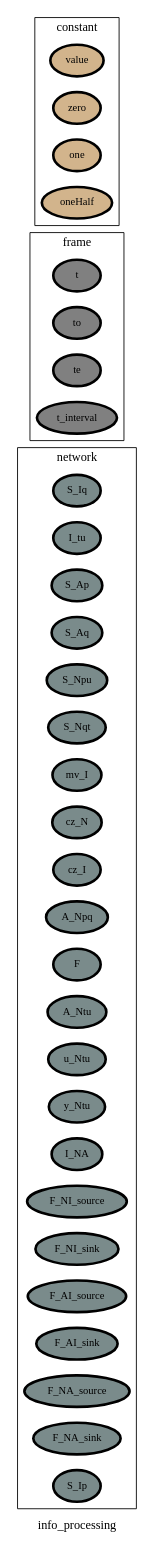
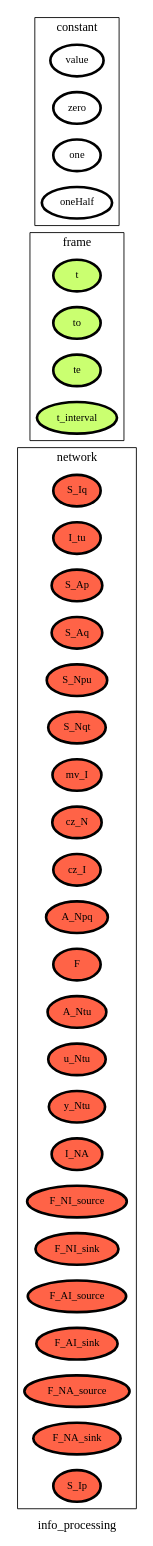
Before and after one commit to heinz-preisig/processes_000_HAP: the diagram in ontology_graphs/graph__info_processing.dot, drawn with Graphviz. The commit also changed 616 other files, not shown here.

```diff
--- a/ontology_graphs/graph__info_processing.dot
+++ b/ontology_graphs/graph__info_processing.dot
@@ -1,54 +1,54 @@
 digraph info_processing {
 label=info_processing;
 rankdir=LR;
 subgraph cluster_info_processing___network {
 label=network;
 rankdir=LR;
-V_10 [fillcolor=lightcyan4, fontsize=12, label=S_Iq, penwidth=3, style=filled];
-V_11 [fillcolor=lightcyan4, fontsize=12, label=I_tu, penwidth=3, style=filled];
-V_12 [fillcolor=lightcyan4, fontsize=12, label=S_Ap, penwidth=3, style=filled];
-V_13 [fillcolor=lightcyan4, fontsize=12, label=S_Aq, penwidth=3, style=filled];
-V_14 [fillcolor=lightcyan4, fontsize=12, label=S_Npu, penwidth=3, style=filled];
-V_15 [fillcolor=lightcyan4, fontsize=12, label=S_Nqt, penwidth=3, style=filled];
-V_16 [fillcolor=lightcyan4, fontsize=12, label=mv_I, penwidth=3, style=filled];
-V_17 [fillcolor=lightcyan4, fontsize=12, label=cz_N, penwidth=3, style=filled];
-V_18 [fillcolor=lightcyan4, fontsize=12, label=cz_I, penwidth=3, style=filled];
-V_19 [fillcolor=lightcyan4, fontsize=12, label=A_Npq, penwidth=3, style=filled];
-V_2 [fillcolor=lightcyan4, fontsize=12, label=F, penwidth=3, style=filled];
-V_20 [fillcolor=lightcyan4, fontsize=12, label=A_Ntu, penwidth=3, style=filled];
-V_21 [fillcolor=lightcyan4, fontsize=12, label=u_Ntu, penwidth=3, style=filled];
-V_22 [fillcolor=lightcyan4, fontsize=12, label=y_Ntu, penwidth=3, style=filled];
-V_27 [fillcolor=lightcyan4, fontsize=12, label=I_NA, penwidth=3, style=filled];
-V_3 [fillcolor=lightcyan4, fontsize=12, label=F_NI_source, penwidth=3, style=filled];
-V_4 [fillcolor=lightcyan4, fontsize=12, label=F_NI_sink, penwidth=3, style=filled];
-V_5 [fillcolor=lightcyan4, fontsize=12, label=F_AI_source, penwidth=3, style=filled];
-V_6 [fillcolor=lightcyan4, fontsize=12, label=F_AI_sink, penwidth=3, style=filled];
-V_7 [fillcolor=lightcyan4, fontsize=12, label=F_NA_source, penwidth=3, style=filled];
-V_8 [fillcolor=lightcyan4, fontsize=12, label=F_NA_sink, penwidth=3, style=filled];
-V_9 [fillcolor=lightcyan4, fontsize=12, label=S_Ip, penwidth=3, style=filled];
+V_10 [fillcolor=tomato, fontsize=12, label=S_Iq, penwidth=3, style=filled];
+V_11 [fillcolor=tomato, fontsize=12, label=I_tu, penwidth=3, style=filled];
+V_12 [fillcolor=tomato, fontsize=12, label=S_Ap, penwidth=3, style=filled];
+V_13 [fillcolor=tomato, fontsize=12, label=S_Aq, penwidth=3, style=filled];
+V_14 [fillcolor=tomato, fontsize=12, label=S_Npu, penwidth=3, style=filled];
+V_15 [fillcolor=tomato, fontsize=12, label=S_Nqt, penwidth=3, style=filled];
+V_16 [fillcolor=tomato, fontsize=12, label=mv_I, penwidth=3, style=filled];
+V_17 [fillcolor=tomato, fontsize=12, label=cz_N, penwidth=3, style=filled];
+V_18 [fillcolor=tomato, fontsize=12, label=cz_I, penwidth=3, style=filled];
+V_19 [fillcolor=tomato, fontsize=12, label=A_Npq, penwidth=3, style=filled];
+V_2 [fillcolor=tomato, fontsize=12, label=F, penwidth=3, style=filled];
+V_20 [fillcolor=tomato, fontsize=12, label=A_Ntu, penwidth=3, style=filled];
+V_21 [fillcolor=tomato, fontsize=12, label=u_Ntu, penwidth=3, style=filled];
+V_22 [fillcolor=tomato, fontsize=12, label=y_Ntu, penwidth=3, style=filled];
+V_27 [fillcolor=tomato, fontsize=12, label=I_NA, penwidth=3, style=filled];
+V_3 [fillcolor=tomato, fontsize=12, label=F_NI_source, penwidth=3, style=filled];
+V_4 [fillcolor=tomato, fontsize=12, label=F_NI_sink, penwidth=3, style=filled];
+V_5 [fillcolor=tomato, fontsize=12, label=F_AI_source, penwidth=3, style=filled];
+V_6 [fillcolor=tomato, fontsize=12, label=F_AI_sink, penwidth=3, style=filled];
+V_7 [fillcolor=tomato, fontsize=12, label=F_NA_source, penwidth=3, style=filled];
+V_8 [fillcolor=tomato, fontsize=12, label=F_NA_sink, penwidth=3, style=filled];
+V_9 [fillcolor=tomato, fontsize=12, label=S_Ip, penwidth=3, style=filled];
 }
 
 subgraph cluster_info_processing___frame {
 label=frame;
 rankdir=LR;
-V_1 [fillcolor=grey, fontsize=12, label=t, penwidth=3, style=filled];
-V_105 [fillcolor=grey, fontsize=12, label=to, penwidth=3, style=filled];
-V_106 [fillcolor=grey, fontsize=12, label=te, penwidth=3, style=filled];
-V_107 [fillcolor=grey, fontsize=12, label=t_interval, penwidth=3, style=filled];
+V_1 [fillcolor=darkolivegreen1, fontsize=12, label=t, penwidth=3, style=filled];
+V_105 [fillcolor=darkolivegreen1, fontsize=12, label=to, penwidth=3, style=filled];
+V_106 [fillcolor=darkolivegreen1, fontsize=12, label=te, penwidth=3, style=filled];
+V_107 [fillcolor=darkolivegreen1, fontsize=12, label=t_interval, penwidth=3, style=filled];
 }
 
 subgraph cluster_info_processing___state {
 label=state;
 rankdir=LR;
 }
 
 subgraph cluster_info_processing___constant {
 label=constant;
 rankdir=LR;
-V_101 [fillcolor=tan, fontsize=12, label=value, penwidth=3, style=filled];
-V_102 [fillcolor=tan, fontsize=12, label=zero, penwidth=3, style=filled];
-V_103 [fillcolor=tan, fontsize=12, label=one, penwidth=3, style=filled];
-V_104 [fillcolor=tan, fontsize=12, label=oneHalf, penwidth=3, style=filled];
+V_101 [fillcolor=white, fontsize=12, label=value, penwidth=3, style=filled];
+V_102 [fillcolor=white, fontsize=12, label=zero, penwidth=3, style=filled];
+V_103 [fillcolor=white, fontsize=12, label=one, penwidth=3, style=filled];
+V_104 [fillcolor=white, fontsize=12, label=oneHalf, penwidth=3, style=filled];
 }
 
 }
```
